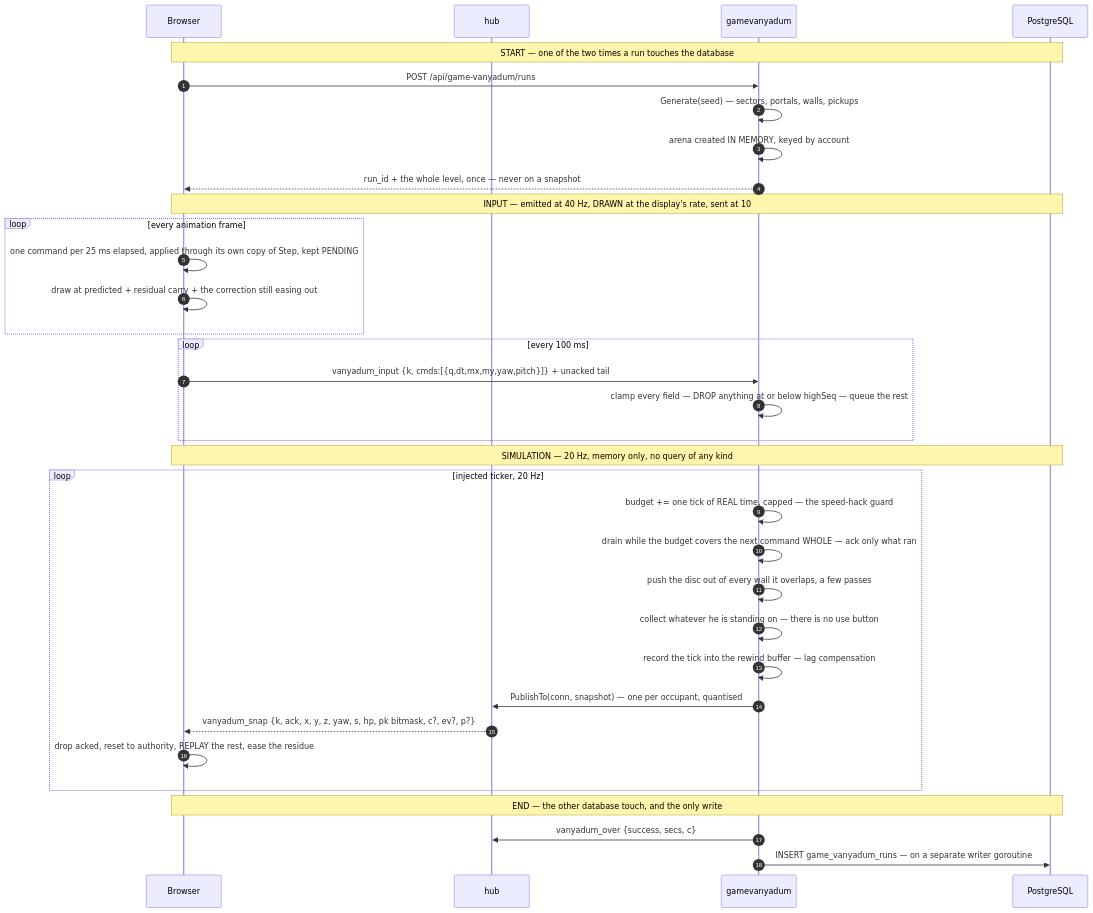
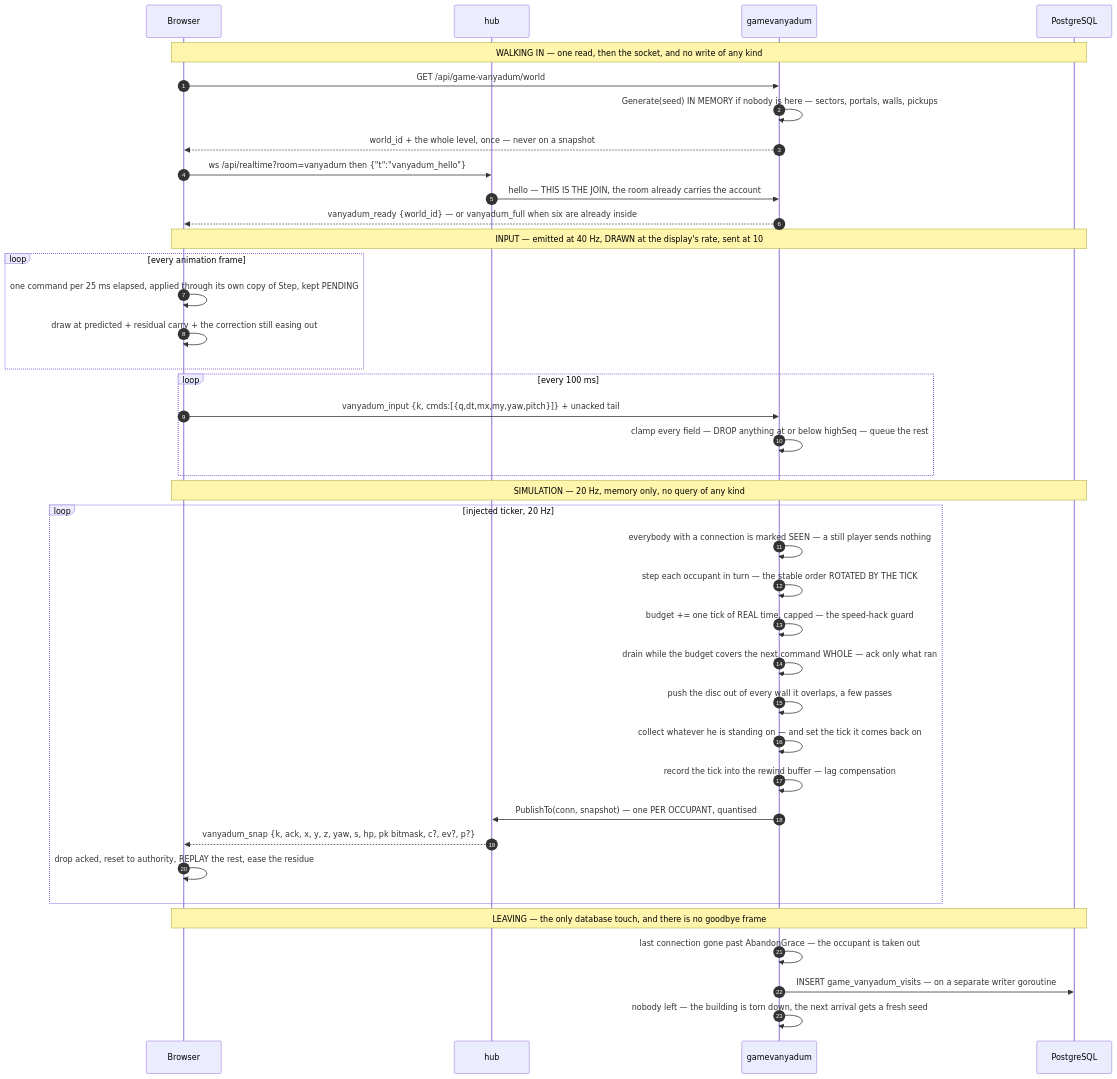
One commit to SergeyZSpb/psycho-space changed the eighth of 13 diagrams in docs/ARCHITECTURE.md. Above: the diagram before and after it, drawn with Mermaid. The commit also changed other lines of this file and 38 other files, not shown here.

````diff
--- a/docs/ARCHITECTURE.md
+++ b/docs/ARCHITECTURE.md
@@ -321,40 +321,45 @@
 ```mermaid
 sequenceDiagram
     autonumber
     participant B as Browser
     participant H as hub
     participant G as gamevanyadum
     participant P as PostgreSQL
 
-    Note over B,P: START — one of the two times a run touches the database
-    B->>G: POST /api/game-vanyadum/runs
-    G->>G: Generate(seed) — sectors, portals, walls, pickups
-    G->>G: arena created IN MEMORY, keyed by account
-    G-->>B: run_id + the whole level, once — never on a snapshot
+    Note over B,P: WALKING IN — one read, then the socket, and no write of any kind
+    B->>G: GET /api/game-vanyadum/world
+    G->>G: Generate(seed) IN MEMORY if nobody is here — sectors, portals, walls, pickups
+    G-->>B: world_id + the whole level, once — never on a snapshot
+    B->>H: ws /api/realtime?room=vanyadum then {"t":"vanyadum_hello"}
+    H->>G: hello — THIS IS THE JOIN, the room already carries the account
+    G-->>B: vanyadum_ready {world_id} — or vanyadum_full when six are already inside
 
     Note over B,P: INPUT — emitted at 40 Hz, DRAWN at the display's rate, sent at 10
     loop every animation frame
         B->>B: one command per 25 ms elapsed, applied through its own copy of Step, kept PENDING
         B->>B: draw at predicted + residual carry + the correction still easing out
     end
     loop every 100 ms
         B->>G: vanyadum_input {k, cmds:[{q,dt,mx,my,yaw,pitch}]} + unacked tail
         G->>G: clamp every field — DROP anything at or below highSeq — queue the rest
     end
 
     Note over B,P: SIMULATION — 20 Hz, memory only, no query of any kind
     loop injected ticker, 20 Hz
+        G->>G: everybody with a connection is marked SEEN — a still player sends nothing
+        G->>G: step each occupant in turn — the stable order ROTATED BY THE TICK
         G->>G: budget += one tick of REAL time, capped — the speed-hack guard
         G->>G: drain while the budget covers the next command WHOLE — ack only what ran
         G->>G: push the disc out of every wall it overlaps, a few passes
-        G->>G: collect whatever he is standing on — there is no use button
+        G->>G: collect whatever he is standing on — and set the tick it comes back on
         G->>G: record the tick into the rewind buffer — lag compensation
-        G->>H: PublishTo(conn, snapshot) — one per occupant, quantised
+        G->>H: PublishTo(conn, snapshot) — one PER OCCUPANT, quantised
         H-->>B: vanyadum_snap {k, ack, x, y, z, yaw, s, hp, pk bitmask, c?, ev?, p?}
         B->>B: drop acked, reset to authority, REPLAY the rest, ease the residue
     end
 
-    Note over B,P: END — the other database touch, and the only write
-    G->>H: vanyadum_over {success, secs, c}
-    G->>P: INSERT game_vanyadum_runs — on a separate writer goroutine
+    Note over B,P: LEAVING — the only database touch, and there is no goodbye frame
+    G->>G: last connection gone past AbandonGrace — the occupant is taken out
+    G->>P: INSERT game_vanyadum_visits — on a separate writer goroutine
+    G->>G: nobody left — the building is torn down, the next arrival gets a fresh seed
 ```
````
